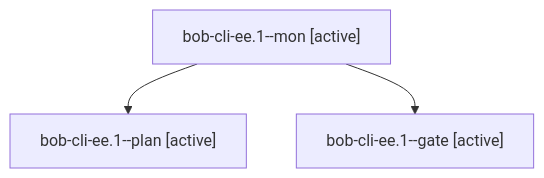
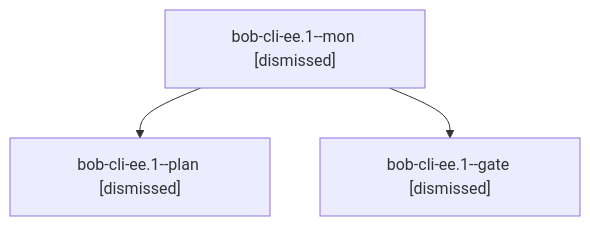
The diagram in sessions/bbugyi200.apollo.bob-cli-ee.1.md (bobs-org/bob-cli--agents), drawn with Mermaid before and after one commit. The commit also changed other lines of this file and 256 other files, not shown here.

````diff
--- a/sessions/bbugyi200.apollo.bob-cli-ee.1.md
+++ b/sessions/bbugyi200.apollo.bob-cli-ee.1.md
@@ -9,8 +9,8 @@
 ```mermaid
 flowchart TD
-  n0["bob-cli-ee.1--mon [active]"]
-  n1["bob-cli-ee.1--plan [active]"]
+  n0["bob-cli-ee.1--mon [dismissed]"]
+  n1["bob-cli-ee.1--plan [dismissed]"]
   n0 --> n1
-  n2["bob-cli-ee.1--gate [active]"]
+  n2["bob-cli-ee.1--gate [dismissed]"]
   n0 --> n2
 ```
````
